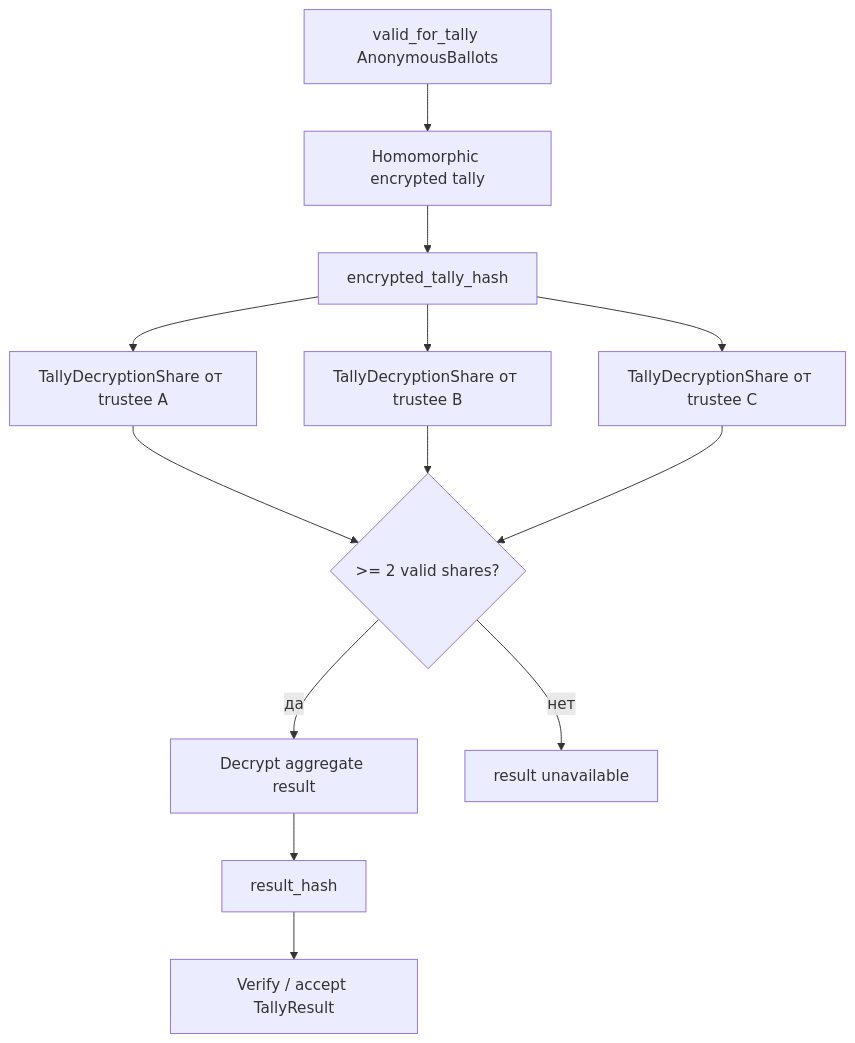
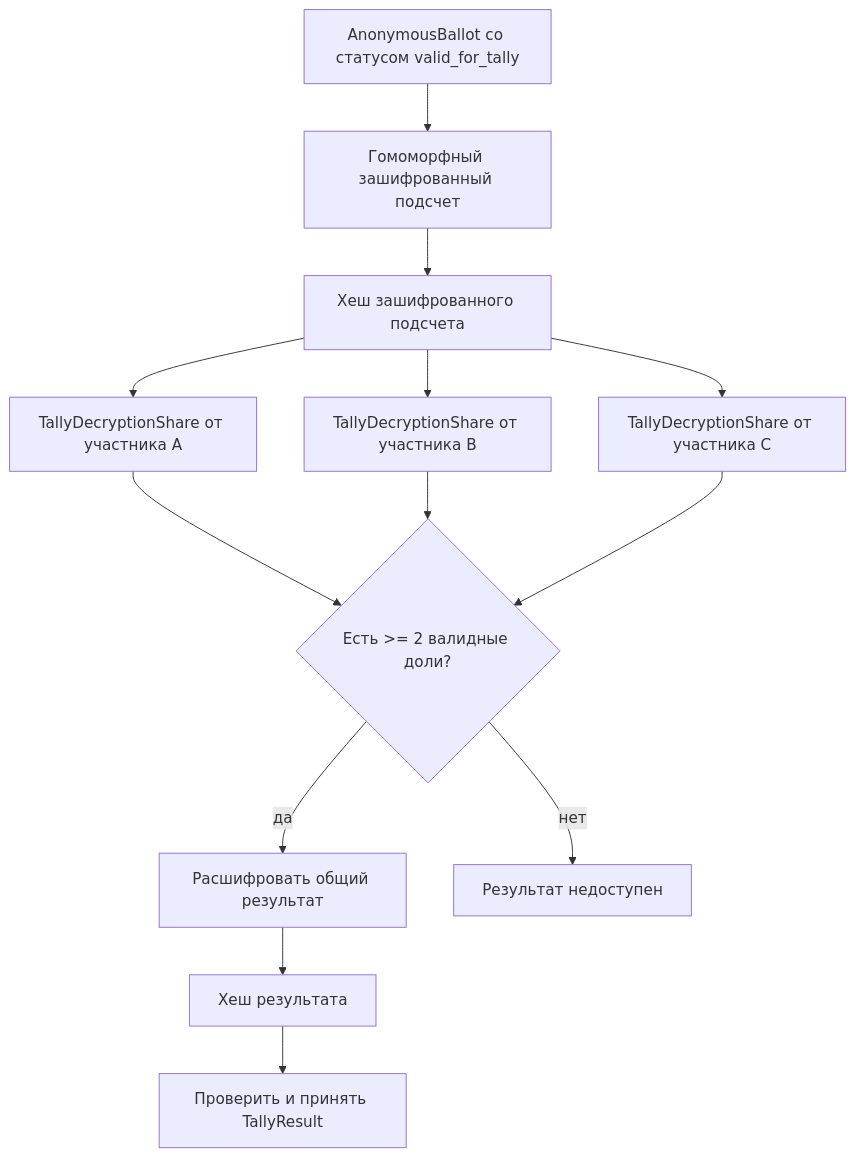
Diagram 14 of 17 in librevote-presentation-ru.md (arshtanko/librevote), drawn with Mermaid before and after one commit. The commit also changed other lines of this file, not shown here.

````diff
--- a/librevote-presentation-ru.md
+++ b/librevote-presentation-ru.md
@@ -391,15 +417,15 @@
 ```mermaid
 flowchart TD
-  A[valid_for_tally AnonymousBallots] --> B[Homomorphic encrypted tally]
-  B --> C[encrypted_tally_hash]
-  C --> D[TallyDecryptionShare от trustee A]
-  C --> E[TallyDecryptionShare от trustee B]
-  C --> F[TallyDecryptionShare от trustee C]
-  D --> G{>= 2 valid shares?}
+  A[AnonymousBallot со статусом valid_for_tally] --> B[Гомоморфный зашифрованный подсчет]
+  B --> C[Хеш зашифрованного подсчета]
+  C --> D[TallyDecryptionShare от участника A]
+  C --> E[TallyDecryptionShare от участника B]
+  C --> F[TallyDecryptionShare от участника C]
+  D --> G{Есть >= 2 валидные доли?}
   E --> G
   F --> G
-  G -- да --> H[Decrypt aggregate result]
-  H --> I[result_hash]
-  I --> J[Verify / accept TallyResult]
-  G -- нет --> K[result unavailable]
+  G -- да --> H[Расшифровать общий результат]
+  H --> I[Хеш результата]
+  I --> J[Проверить и принять TallyResult]
+  G -- нет --> K[Результат недоступен]
 ```
````
